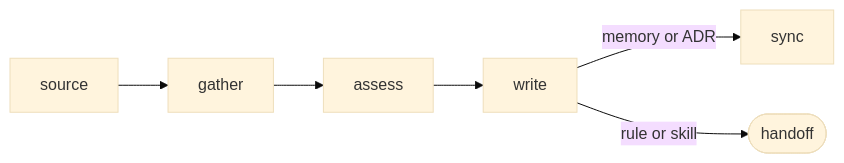
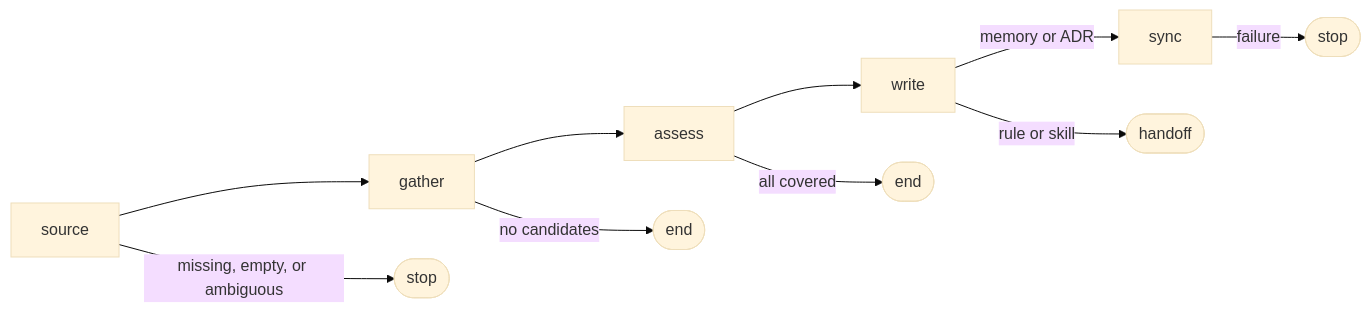
The diagram in plugins/aidd-context/skills/10-learn/SKILL.md (ai-driven-dev/aidd-framework), drawn with Mermaid (base theme) before and after one commit. The commit also changed other lines of this file and 13 other files, not shown here.

````diff
--- a/plugins/aidd-context/skills/10-learn/SKILL.md
+++ b/plugins/aidd-context/skills/10-learn/SKILL.md
@@ -8,6 +8,10 @@
 ```mermaid
 flowchart LR
   source --> gather --> assess --> write
+  source -->|"missing, empty, or ambiguous"| sourceStop([stop])
+  gather -->|"no candidates"| gatherEnd([end])
+  assess -->|"all covered"| assessEnd([end])
   write -->|"memory or ADR"| sync
   write -->|"rule or skill"| handoff([handoff])
+  sync -->|"failure"| syncStop([stop])
 ```
````
